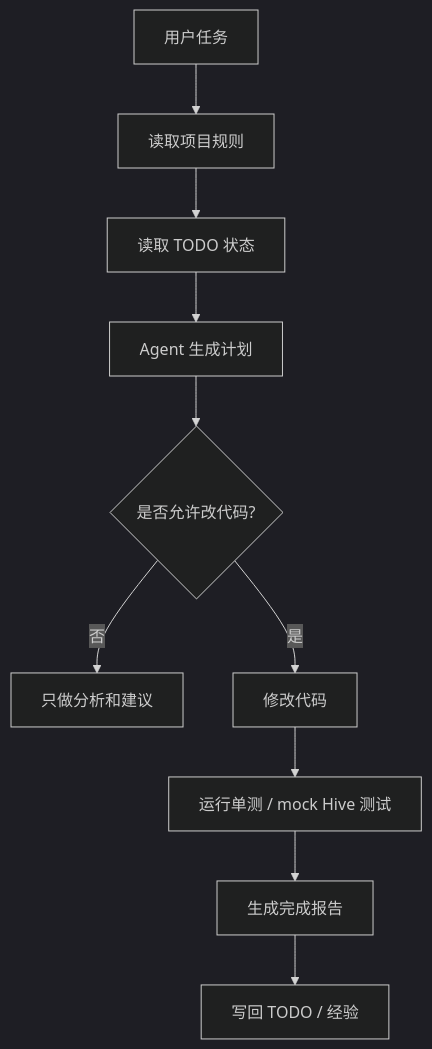
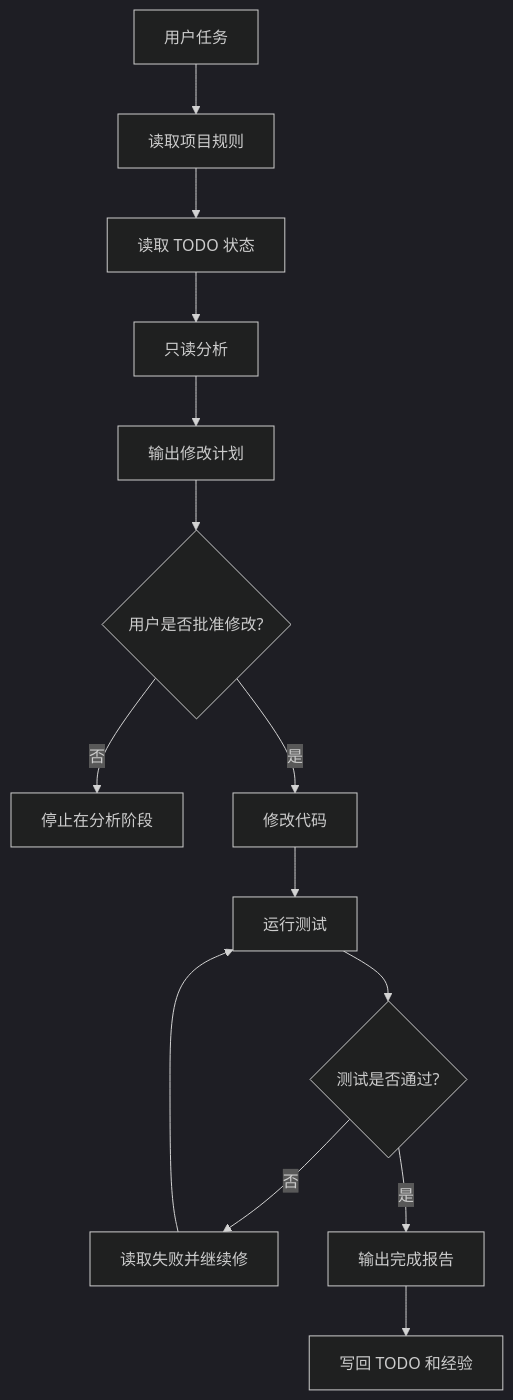
One commit to pittosporum-seu/Learning_Agent changed the fourth of 5 diagrams in docs/foundations/07-agent-harness.md. Above: the diagram before and after it, drawn with Mermaid (dark theme). The commit also changed other lines of this file and 7 other files, not shown here.

````diff
--- a/docs/foundations/07-agent-harness.md
+++ b/docs/foundations/07-agent-harness.md
@@ -836,12 +1020,16 @@
 ```mermaid
 flowchart TD
     A[用户任务] --> B[读取项目规则]
     B --> C[读取 TODO 状态]
-    C --> D[Agent 生成计划]
-    D --> E{是否允许改代码?}
-    E -- 否 --> F[只做分析和建议]
-    E -- 是 --> G[修改代码]
-    G --> H[运行单测 / mock Hive 测试]
-    H --> I[生成完成报告]
-    I --> J[写回 TODO / 经验]
+    C --> D[只读分析]
+    D --> E[输出修改计划]
+    E --> F{用户是否批准修改?}
+    F -- 否 --> G[停止在分析阶段]
+    F -- 是 --> H[修改代码]
+    H --> I[运行测试]
+    I --> J{测试是否通过?}
+    J -- 否 --> K[读取失败并继续修]
+    K --> I
+    J -- 是 --> L[输出完成报告]
+    L --> M[写回 TODO 和经验]
 ```
````
